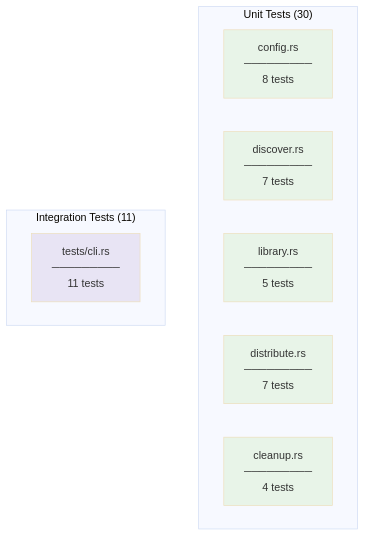
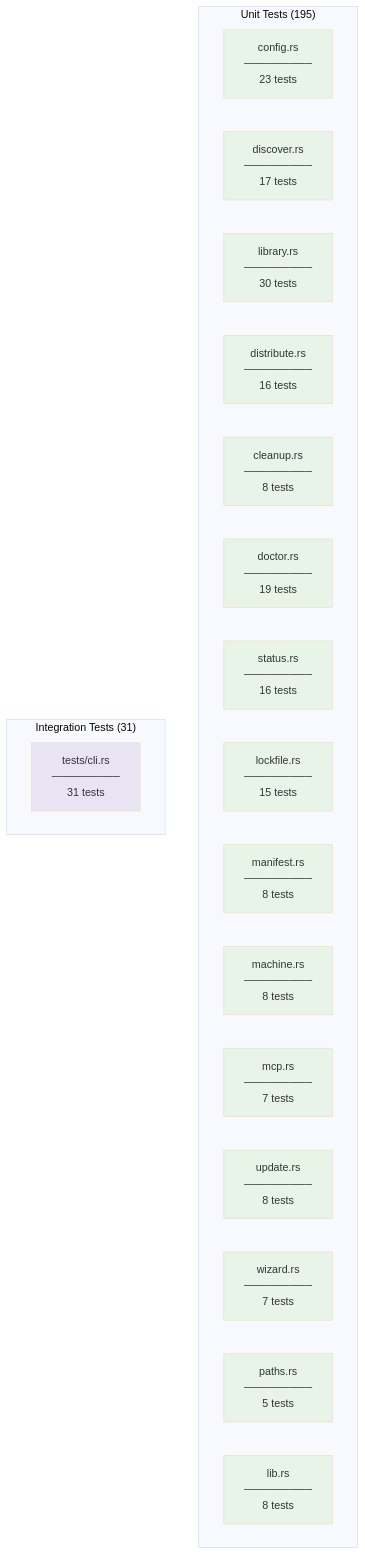
One commit to MartinP7r/tome changed the third of 5 diagrams in docs/src/test-setup.md. Above: the diagram before and after it, drawn with Mermaid (base theme). The commit also changed other lines of this file and 6 other files, not shown here.

````diff
--- a/docs/src/test-setup.md
+++ b/docs/src/test-setup.md
@@ -54,21 +54,41 @@
 ```mermaid
 graph TB
-    subgraph unit_tests["Unit Tests (30)"]
-        CONFIG["config.rs<br/>─────────<br/>8 tests"]
-        DISCOVER["discover.rs<br/>─────────<br/>7 tests"]
-        LIBRARY["library.rs<br/>─────────<br/>5 tests"]
-        DISTRIBUTE["distribute.rs<br/>─────────<br/>7 tests"]
-        CLEANUP["cleanup.rs<br/>─────────<br/>4 tests"]
+    subgraph unit_tests["Unit Tests (195)"]
+        CONFIG["config.rs<br/>─────────<br/>23 tests"]
+        DISCOVER["discover.rs<br/>─────────<br/>17 tests"]
+        LIBRARY["library.rs<br/>─────────<br/>30 tests"]
+        DISTRIBUTE["distribute.rs<br/>─────────<br/>16 tests"]
+        CLEANUP["cleanup.rs<br/>─────────<br/>8 tests"]
+        DOCTOR["doctor.rs<br/>─────────<br/>19 tests"]
+        STATUS["status.rs<br/>─────────<br/>16 tests"]
+        LOCKFILE["lockfile.rs<br/>─────────<br/>15 tests"]
+        MANIFEST["manifest.rs<br/>─────────<br/>8 tests"]
+        MACHINE["machine.rs<br/>─────────<br/>8 tests"]
+        MCP["mcp.rs<br/>─────────<br/>7 tests"]
+        UPDATE["update.rs<br/>─────────<br/>8 tests"]
+        WIZARD["wizard.rs<br/>─────────<br/>7 tests"]
+        PATHS["paths.rs<br/>─────────<br/>5 tests"]
+        LIB["lib.rs<br/>─────────<br/>8 tests"]
     end
 
-    subgraph integration_tests["Integration Tests (11)"]
-        CLI["tests/cli.rs<br/>─────────<br/>11 tests"]
+    subgraph integration_tests["Integration Tests (31)"]
+        CLI["tests/cli.rs<br/>─────────<br/>31 tests"]
     end
 
     style CONFIG fill:#e8f4e8
     style DISCOVER fill:#e8f4e8
     style LIBRARY fill:#e8f4e8
     style DISTRIBUTE fill:#e8f4e8
     style CLEANUP fill:#e8f4e8
+    style DOCTOR fill:#e8f4e8
+    style STATUS fill:#e8f4e8
+    style LOCKFILE fill:#e8f4e8
+    style MANIFEST fill:#e8f4e8
+    style MACHINE fill:#e8f4e8
+    style MCP fill:#e8f4e8
+    style UPDATE fill:#e8f4e8
+    style WIZARD fill:#e8f4e8
+    style PATHS fill:#e8f4e8
+    style LIB fill:#e8f4e8
     style CLI fill:#e8e4f4
 ```
````
